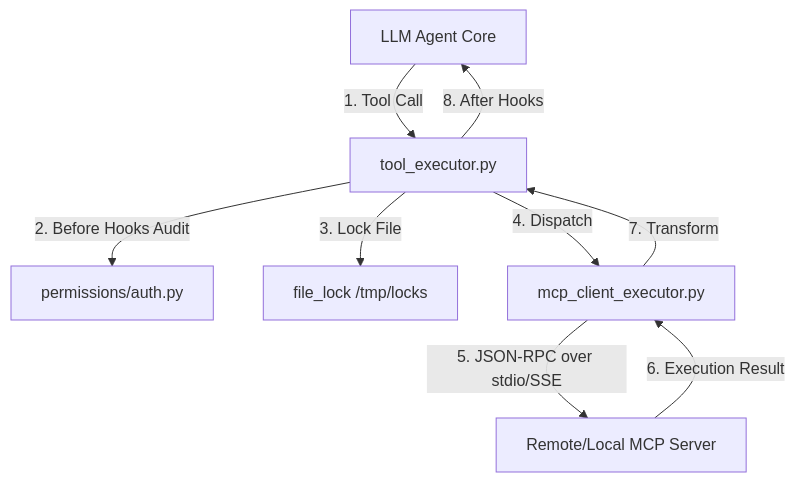
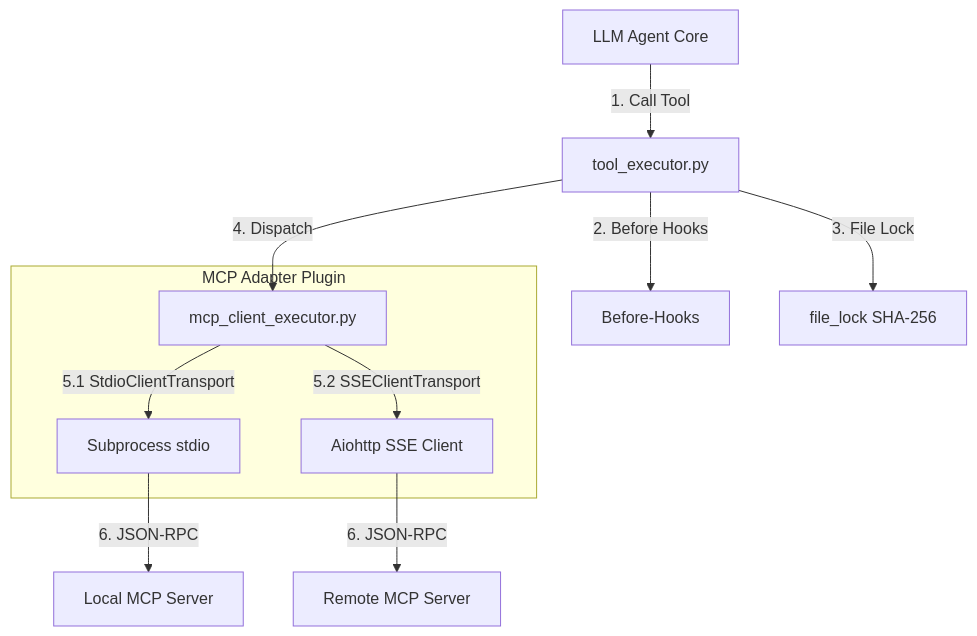
Before and after one commit to nuke-yu/nuke-ai-collaborator: the diagram in docs/MCP-SYSTEM-COMPARISON.md, drawn with Mermaid. The commit also changed other lines of this file, not shown here.

Commit message:
docs(mcp): refine MCP comparison using local codebase source audits

````diff
--- a/docs/MCP-SYSTEM-COMPARISON.md
+++ b/docs/MCP-SYSTEM-COMPARISON.md
@@ -52,11 +123,15 @@
 ```mermaid
 graph TD
-    LLM[LLM Agent Core] -->|1. Tool Call| Exec[tool_executor.py]
-    Exec -->|2. Before Hooks Audit| Auth[permissions/auth.py]
-    Exec -->|3. Lock File| Lock[file_lock /tmp/locks]
+    LLM[LLM Agent Core] -->|1. Call Tool| Exec[tool_executor.py]
+    Exec -->|2. Before Hooks| Hook[Before-Hooks]
+    Exec -->|3. File Lock| Lock[file_lock SHA-256]
     Exec -->|4. Dispatch| Adapter[mcp_client_executor.py]
-    Adapter -->|5. JSON-RPC over stdio/SSE| MCPServer[Remote/Local MCP Server]
-    MCPServer -->|6. Execution Result| Adapter
-    Adapter -->|7. Transform| Exec
-    Exec -->|8. After Hooks| LLM
+    
+    subgraph MCP Adapter Plugin
+        Adapter -->|5.1 StdioClientTransport| Stdio[Subprocess stdio]
+        Adapter -->|5.2 SSEClientTransport| SSE[Aiohttp SSE Client]
+    end
+    
+    Stdio -->|6. JSON-RPC| LocalMCP[Local MCP Server]
+    SSE -->|6. JSON-RPC| RemoteMCP[Remote MCP Server]
 ```
````
